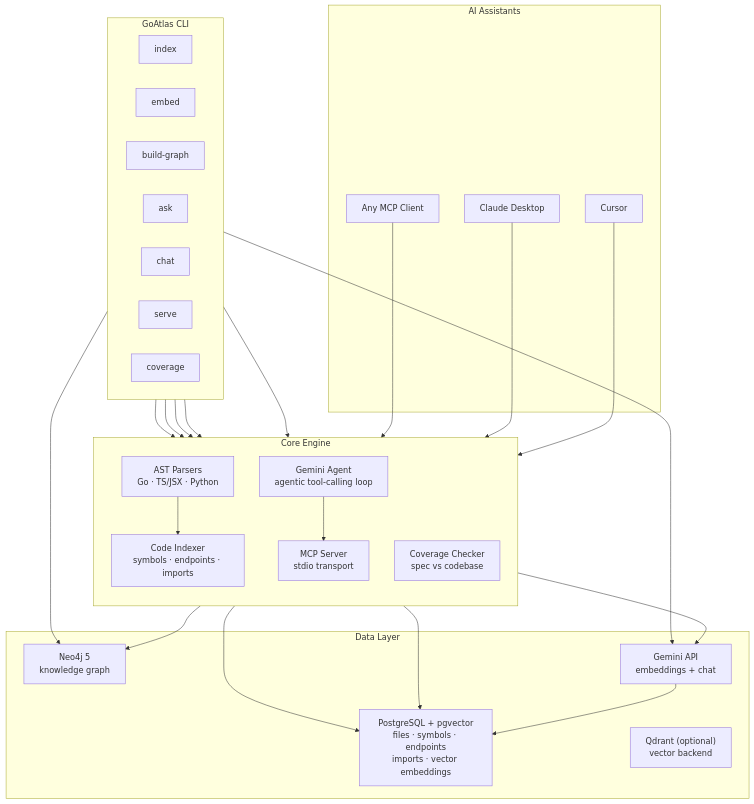
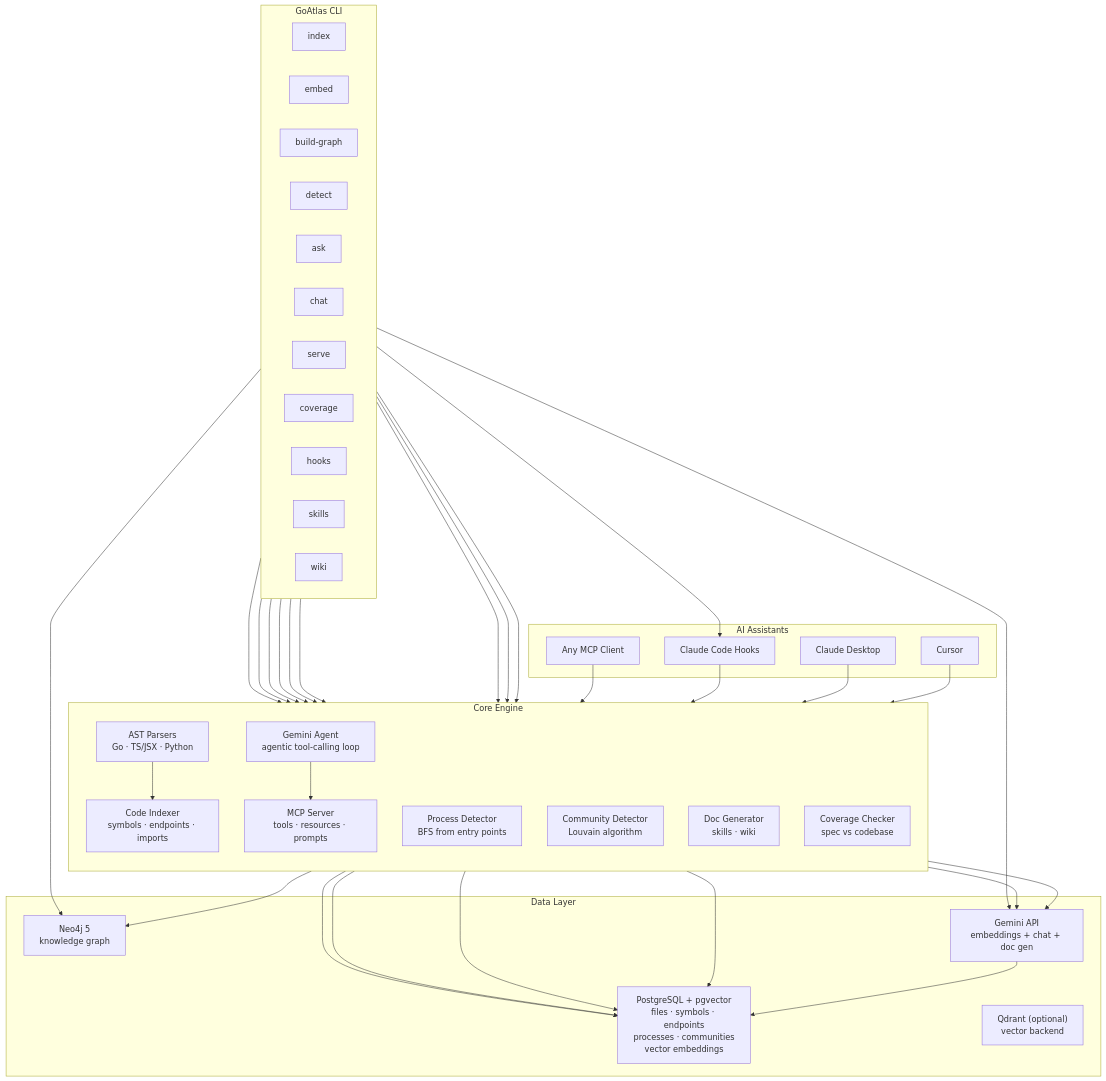
Before and after one commit to xdotech/goatlas: the diagram in README.md, drawn with Mermaid. The commit also changed other lines of this file and 58 other files, not shown here.

````diff
--- a/README.md
+++ b/README.md
@@ -19,44 +26,55 @@
 ```mermaid
 graph TB
     subgraph CLI["GoAtlas CLI"]
         direction LR
         IDX["index"]
         EMB["embed"]
         GR["build-graph"]
+        DET["detect"]
         ASK["ask"]
         CHT["chat"]
         SRV["serve"]
         COV["coverage"]
+        HK["hooks"]
+        SKL["skills"]
+        WK["wiki"]
     end
 
     subgraph Core["Core Engine"]
         direction TB
         PARSER["AST Parsers<br/>Go · TS/JSX · Python"]
         INDEXER["Code Indexer<br/>symbols · endpoints · imports"]
+        PROCDET["Process Detector<br/>BFS from entry points"]
+        COMMDET["Community Detector<br/>Louvain algorithm"]
         AGENT["Gemini Agent<br/>agentic tool-calling loop"]
-        MCP["MCP Server<br/>stdio transport"]
+        DOCGEN["Doc Generator<br/>skills · wiki"]
+        MCP["MCP Server<br/>tools · resources · prompts"]
         COVERAGE["Coverage Checker<br/>spec vs codebase"]
     end
 
     subgraph Data["Data Layer"]
-        PG["PostgreSQL + pgvector<br/>files · symbols · endpoints<br/>imports · vector embeddings"]
+        PG["PostgreSQL + pgvector<br/>files · symbols · endpoints<br/>processes · communities<br/>vector embeddings"]
         NEO["Neo4j 5<br/>knowledge graph"]
-        GEMINI["Gemini API<br/>embeddings + chat"]
+        GEMINI["Gemini API<br/>embeddings + chat + doc gen"]
         QD["Qdrant (optional)<br/>vector backend"]
     end
 
     subgraph Clients["AI Assistants"]
         CURSOR["Cursor"]
         CLAUDE["Claude Desktop"]
+        HOOKS["Claude Code Hooks"]
         ANY["Any MCP Client"]
     end
 
     IDX --> PARSER --> INDEXER --> PG
     EMB --> GEMINI --> PG
     GR --> NEO
+    DET --> PROCDET & COMMDET --> PG
     ASK & CHT --> AGENT --> MCP
+    SKL & WK --> DOCGEN --> GEMINI
     SRV --> MCP
+    HK --> HOOKS
     COV --> COVERAGE
     MCP --> PG & NEO & GEMINI
-    CURSOR & CLAUDE & ANY --> MCP
+    CURSOR & CLAUDE & HOOKS & ANY --> MCP
 ```
````
